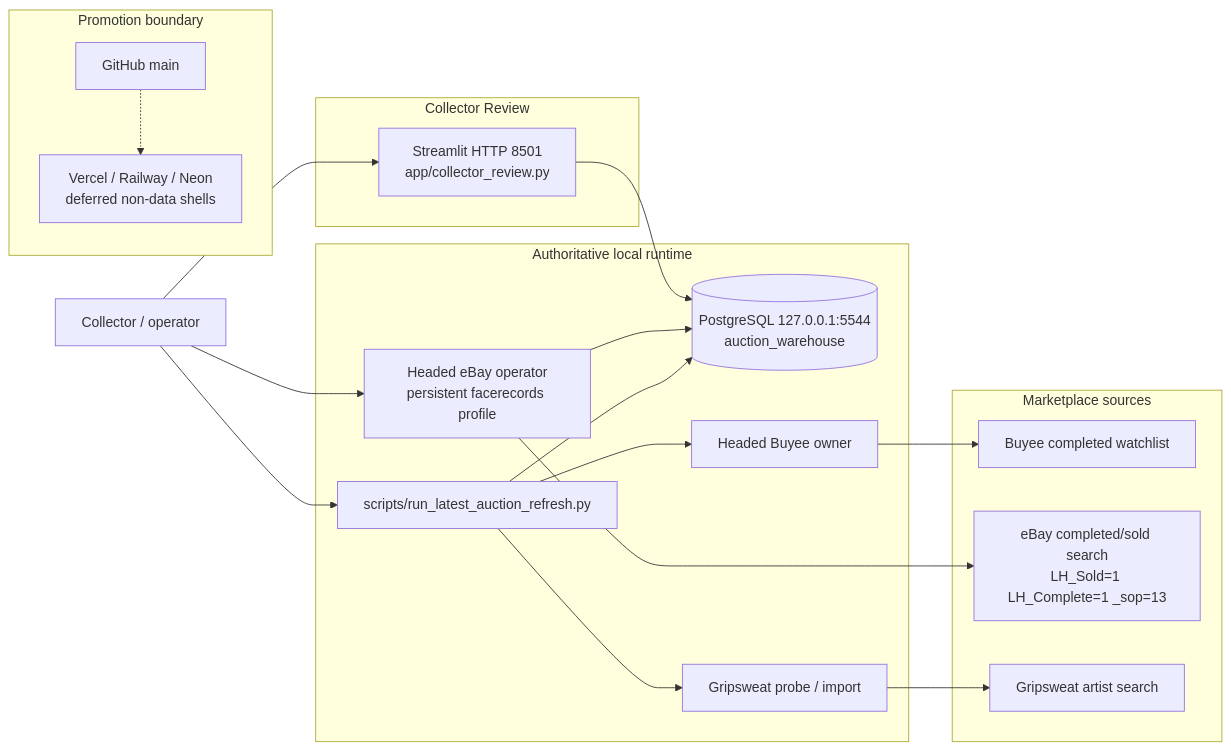
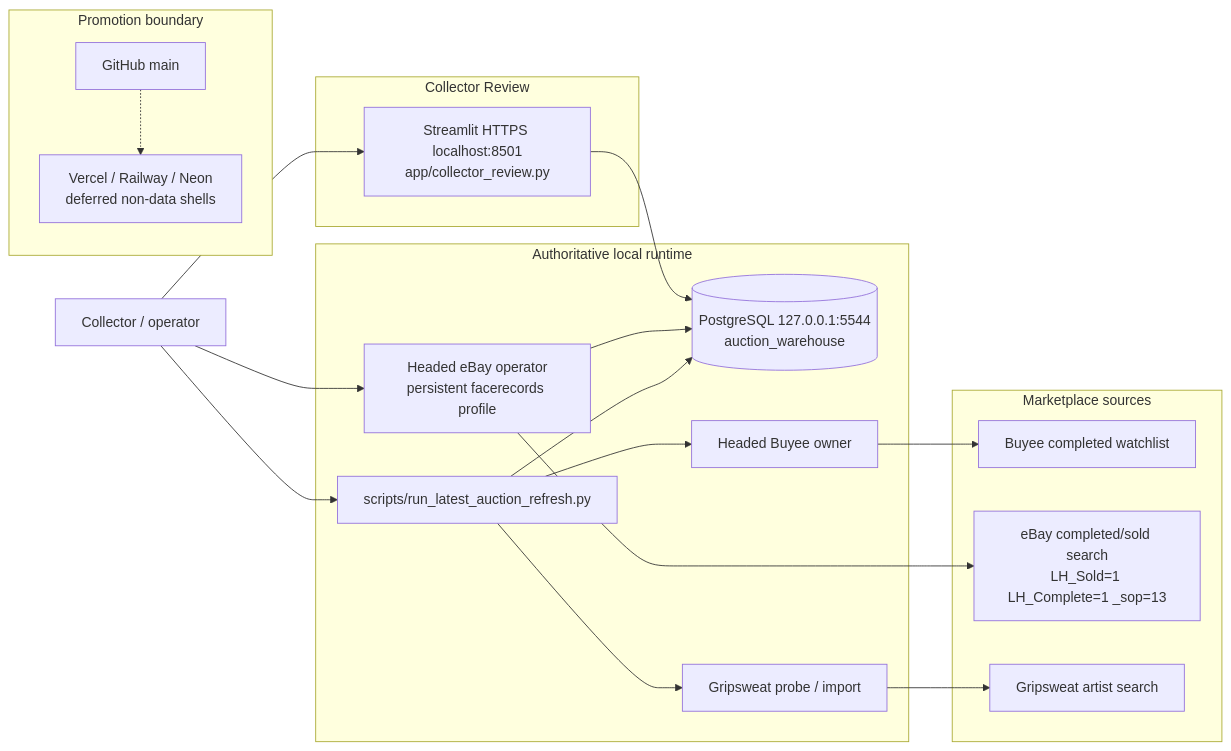
The first of 3 diagrams in README.md (TomWang22/auction-etl), drawn with Mermaid before and after one commit. The commit also changed other lines of this file and 16 other files, not shown here.

````diff
--- a/README.md
+++ b/README.md
@@ -40,40 +40,40 @@
 ```mermaid
 flowchart LR
     Operator["Collector / operator"]
 
     subgraph Review["Collector Review"]
-        UI["Streamlit HTTP 8501<br/>app/collector_review.py"]
+        UI["Streamlit HTTPS localhost:8501<br/>app/collector_review.py"]
     end
 
     subgraph Local["Authoritative local runtime"]
         DB[("PostgreSQL 127.0.0.1:5544<br/>auction_warehouse")]
         Refresh["scripts/run_latest_auction_refresh.py"]
         EbayOp["Headed eBay operator<br/>persistent facerecords profile"]
         BuyeeOwner["Headed Buyee owner"]
         Gripsweat["Gripsweat probe / import"]
     end
 
     subgraph Sources["Marketplace sources"]
         Buyee["Buyee completed watchlist"]
         Ebay["eBay completed/sold search<br/>LH_Sold=1 LH_Complete=1 _sop=13"]
         Grip["Gripsweat artist search"]
     end
 
     subgraph Promotion["Promotion boundary"]
         Git["GitHub main"]
         Cloud["Vercel / Railway / Neon<br/>deferred non-data shells"]
     end
 
     Operator --> UI
     UI --> DB
     Operator --> EbayOp
     EbayOp --> Ebay
     EbayOp --> DB
     Operator --> Refresh
     Refresh --> BuyeeOwner
     Refresh --> Gripsweat
     BuyeeOwner --> Buyee
     Gripsweat --> Grip
     Refresh --> DB
     Git -.-> Cloud
 ```
````
